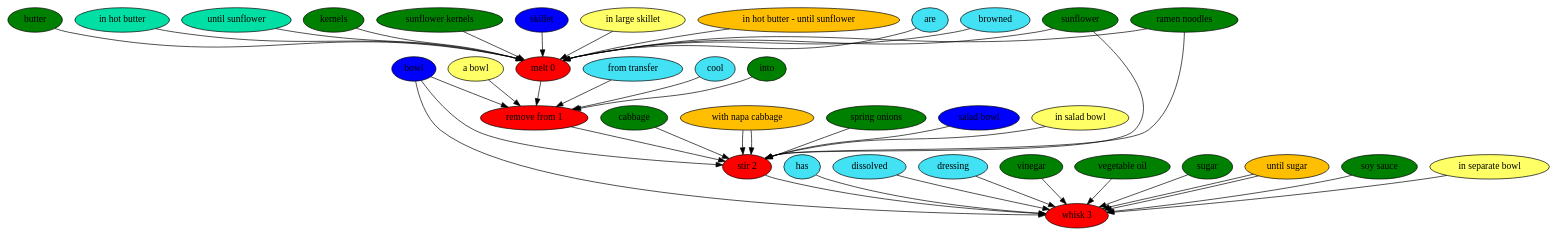
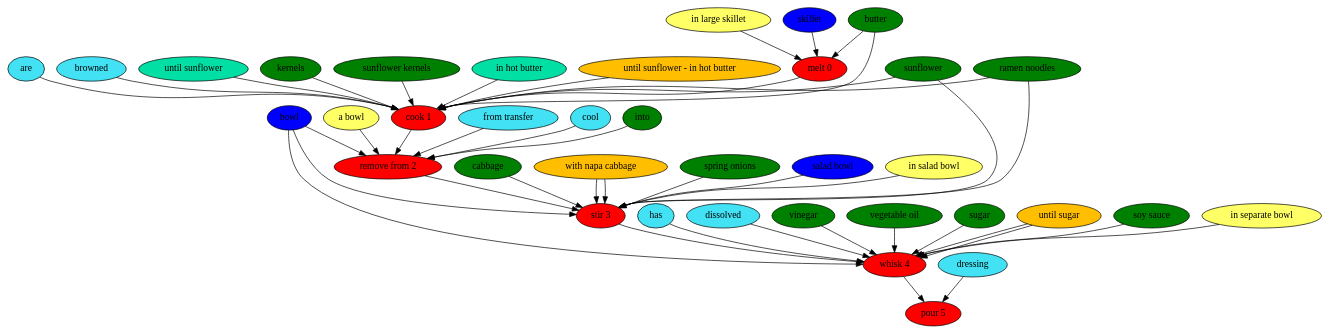
The diagram in results/paper/napa-slaw.dot (can-keklik/RecipePostagger), drawn with Graphviz before and after one commit. The commit also changed 36 other files, not shown here.

```diff
--- a/results/paper/napa-slaw.dot
+++ b/results/paper/napa-slaw.dot
@@ -1,83 +1,89 @@
 digraph G {
 "melt 0" [style=filled, fillcolor=red];
-are [style=filled, fillcolor="#42e2f4"];
-are -> "melt 0";
-browned [style=filled, fillcolor="#42e2f4"];
-browned -> "melt 0";
 butter [style=filled, fillcolor=green];
 butter -> "melt 0";
-"in hot butter" [style=filled, fillcolor="#01DFA5"];
-"in hot butter" -> "melt 0";
-sunflower [style=filled, fillcolor=green];
-sunflower -> "melt 0";
-"until sunflower" [style=filled, fillcolor="#01DFA5"];
-"until sunflower" -> "melt 0";
-kernels [style=filled, fillcolor=green];
-kernels -> "melt 0";
-"sunflower kernels" [style=filled, fillcolor=green];
-"sunflower kernels" -> "melt 0";
-"ramen noodles" [style=filled, fillcolor=green];
-"ramen noodles" -> "melt 0";
 skillet [style=filled, fillcolor="#0000ff"];
 skillet -> "melt 0";
 "in large skillet" [style=filled, fillcolor="#ffff66"];
 "in large skillet" -> "melt 0";
-"in hot butter - until sunflower" [style=filled, fillcolor="#FFBF00"];
-"in hot butter - until sunflower" -> "melt 0";
-"remove from 1" [style=filled, fillcolor=red];
+"cook 1" [style=filled, fillcolor=red];
+are [style=filled, fillcolor="#42e2f4"];
+are -> "cook 1";
+browned [style=filled, fillcolor="#42e2f4"];
+browned -> "cook 1";
+sunflower [style=filled, fillcolor=green];
+sunflower -> "cook 1";
+"until sunflower" [style=filled, fillcolor="#01DFA5"];
+"until sunflower" -> "cook 1";
+kernels [style=filled, fillcolor=green];
+kernels -> "cook 1";
+"sunflower kernels" [style=filled, fillcolor=green];
+"sunflower kernels" -> "cook 1";
+"ramen noodles" [style=filled, fillcolor=green];
+"ramen noodles" -> "cook 1";
+butter [style=filled, fillcolor=green];
+butter -> "cook 1";
+"in hot butter" [style=filled, fillcolor="#01DFA5"];
+"in hot butter" -> "cook 1";
+"until sunflower - in hot butter" [style=filled, fillcolor="#FFBF00"];
+"until sunflower - in hot butter" -> "cook 1";
+"remove from 2" [style=filled, fillcolor=red];
 "from transfer" [style=filled, fillcolor="#42e2f4"];
-"from transfer" -> "remove from 1";
+"from transfer" -> "remove from 2";
 cool [style=filled, fillcolor="#42e2f4"];
-cool -> "remove from 1";
+cool -> "remove from 2";
 into [style=filled, fillcolor=green];
-into -> "remove from 1";
+into -> "remove from 2";
 bowl [style=filled, fillcolor="#0000ff"];
-bowl -> "remove from 1";
+bowl -> "remove from 2";
 "a bowl" [style=filled, fillcolor="#ffff66"];
-"a bowl" -> "remove from 1";
-"stir 2" [style=filled, fillcolor=red];
+"a bowl" -> "remove from 2";
+"stir 3" [style=filled, fillcolor=red];
 sunflower [style=filled, fillcolor=green];
-sunflower -> "stir 2";
+sunflower -> "stir 3";
 "ramen noodles" [style=filled, fillcolor=green];
-"ramen noodles" -> "stir 2";
+"ramen noodles" -> "stir 3";
 cabbage [style=filled, fillcolor=green];
-cabbage -> "stir 2";
+cabbage -> "stir 3";
 "with napa cabbage" [style=filled, fillcolor="#01DFA5"];
-"with napa cabbage" -> "stir 2";
+"with napa cabbage" -> "stir 3";
 "spring onions" [style=filled, fillcolor=green];
-"spring onions" -> "stir 2";
+"spring onions" -> "stir 3";
 "salad bowl" [style=filled, fillcolor="#0000ff"];
-"salad bowl" -> "stir 2";
+"salad bowl" -> "stir 3";
 "in salad bowl" [style=filled, fillcolor="#ffff66"];
-"in salad bowl" -> "stir 2";
+"in salad bowl" -> "stir 3";
 bowl [style=filled, fillcolor="#0000ff"];
-bowl -> "stir 2";
+bowl -> "stir 3";
 "with napa cabbage" [style=filled, fillcolor="#FFBF00"];
-"with napa cabbage" -> "stir 2";
-"whisk 3" [style=filled, fillcolor=red];
+"with napa cabbage" -> "stir 3";
+"whisk 4" [style=filled, fillcolor=red];
 has [style=filled, fillcolor="#42e2f4"];
-has -> "whisk 3";
+has -> "whisk 4";
 dissolved [style=filled, fillcolor="#42e2f4"];
-dissolved -> "whisk 3";
+dissolved -> "whisk 4";
+vinegar [style=filled, fillcolor=green];
+vinegar -> "whisk 4";
+"vegetable oil" [style=filled, fillcolor=green];
+"vegetable oil" -> "whisk 4";
+sugar [style=filled, fillcolor=green];
+sugar -> "whisk 4";
+"until sugar" [style=filled, fillcolor="#01DFA5"];
+"until sugar" -> "whisk 4";
+"soy sauce" [style=filled, fillcolor=green];
+"soy sauce" -> "whisk 4";
+bowl [style=filled, fillcolor="#0000ff"];
+bowl -> "whisk 4";
+"in separate bowl" [style=filled, fillcolor="#ffff66"];
+"in separate bowl" -> "whisk 4";
+"until sugar" [style=filled, fillcolor="#FFBF00"];
+"until sugar" -> "whisk 4";
+"pour 5" [style=filled, fillcolor=red];
 dressing [style=filled, fillcolor="#42e2f4"];
-dressing -> "whisk 3";
-vinegar [style=filled, fillcolor=green];
-vinegar -> "whisk 3";
-"vegetable oil" [style=filled, fillcolor=green];
-"vegetable oil" -> "whisk 3";
-sugar [style=filled, fillcolor=green];
-sugar -> "whisk 3";
-"until sugar" [style=filled, fillcolor="#01DFA5"];
-"until sugar" -> "whisk 3";
-"soy sauce" [style=filled, fillcolor=green];
-"soy sauce" -> "whisk 3";
-bowl [style=filled, fillcolor="#0000ff"];
-bowl -> "whisk 3";
-"in separate bowl" [style=filled, fillcolor="#ffff66"];
-"in separate bowl" -> "whisk 3";
-"until sugar" [style=filled, fillcolor="#FFBF00"];
-"until sugar" -> "whisk 3";
-"melt 0" -> "remove from 1";
-"remove from 1" -> "stir 2";
-"stir 2" -> "whisk 3";
+dressing -> "pour 5";
+"melt 0" -> "cook 1";
+"cook 1" -> "remove from 2";
+"remove from 2" -> "stir 3";
+"stir 3" -> "whisk 4";
+"whisk 4" -> "pour 5";
 }
```
